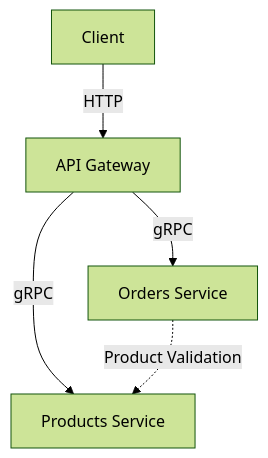
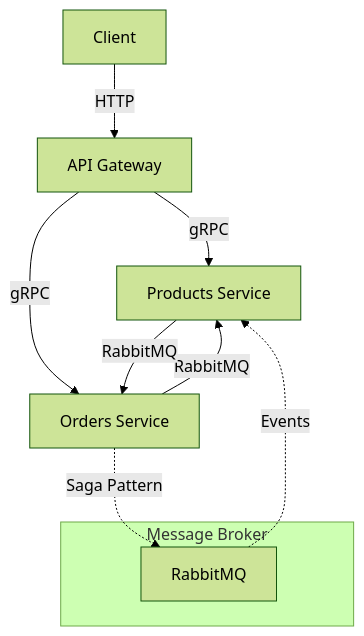
Before and after one commit to mohamed-achich/api-gateway: the first of 3 diagrams in ARCHITECTURE.md, drawn with Mermaid (forest theme). The commit also changed other lines of this file and 36 other files, not shown here.

````diff
--- a/ARCHITECTURE.md
+++ b/ARCHITECTURE.md
@@ -11,7 +11,13 @@
 ```mermaid
 graph TD
     Client[Client] -->|HTTP| Gateway[API Gateway]
     Gateway -->|gRPC| Products[Products Service]
     Gateway -->|gRPC| Orders[Orders Service]
-    Orders -.->|Product Validation| Products
+    Orders -->|RabbitMQ| Products
+    Products -->|RabbitMQ| Orders
+    subgraph Message Broker
+        RabbitMQ[RabbitMQ]
+    end
+    Orders -.->|Saga Pattern| RabbitMQ
+    RabbitMQ -.->|Events| Products
 ```
````
